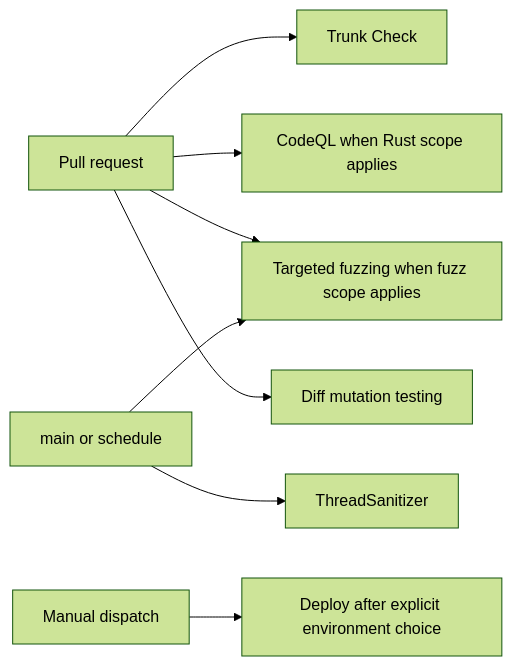
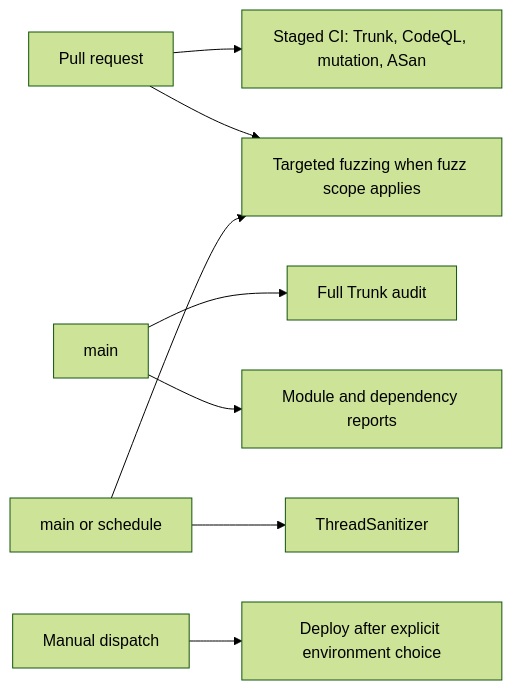
Before and after one commit to arceushui/pigloros: diagram 12 of 14 in CONTRIBUTING.md, drawn with Mermaid (forest theme). The commit also changed other lines of this file and 10 other files, not shown here.

Commit message:
ci: stage expensive pull request gates

````diff
--- a/CONTRIBUTING.md
+++ b/CONTRIBUTING.md
@@ -267,10 +315,10 @@
 ```mermaid
 flowchart LR
-    PR["Pull request"] --> TC["Trunk Check"]
-    PR --> CQ["CodeQL when Rust scope applies"]
+    PR["Pull request"] --> CI["Staged CI: Trunk, CodeQL, mutation, ASan"]
     PR --> FU["Targeted fuzzing when fuzz scope applies"]
-    PR --> MU["Diff mutation testing"]
-    MAIN["main or schedule"] --> TS["ThreadSanitizer"]
-    MAIN --> FU
+    MAIN["main"] --> TC["Full Trunk audit"]
+    MAIN --> RP["Module and dependency reports"]
+    PERIODIC["main or schedule"] --> TS["ThreadSanitizer"]
+    PERIODIC --> FU
     MANUAL["Manual dispatch"] --> DP["Deploy after explicit environment choice"]
 ```
````
